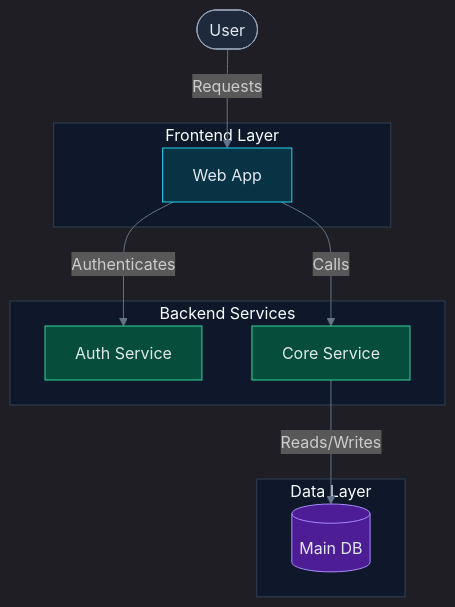
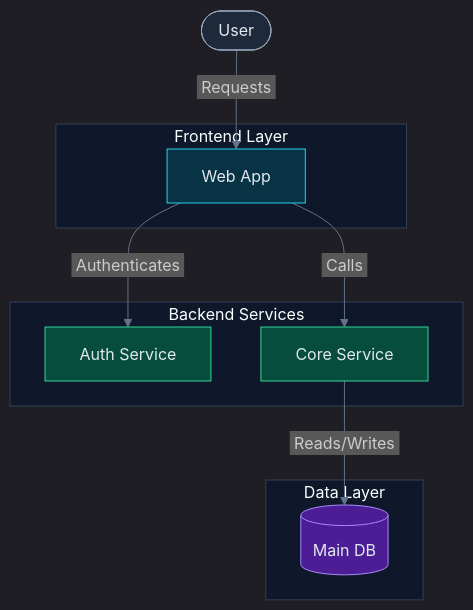
The diagram in devspec/architecture/_template/diagram.md (speclabs/devspec), drawn with Mermaid before and after one commit. The commit also changed 2 other files, not shown here.

Commit message:
Pad node and edge labels with non-breaking spaces for improved readability in Mermaid diagrams

````diff
--- a/devspec/architecture/_template/diagram.md
+++ b/devspec/architecture/_template/diagram.md
@@ -46,41 +46,41 @@
 ```mermaid
 %%{init: {'theme': 'dark', 'themeVariables': {'primaryColor': '#1e293b', 'primaryTextColor': '#f8fafc', 'lineColor': '#64748b', 'clusterBkg': '#0f172a', 'clusterBorder': '#334155'}}}%%
 flowchart TD
     %% classDef palette — include only roles present in this diagram
     classDef ui fill:#083344,stroke:#22d3ee,color:#e2e8f0
     classDef svc fill:#064e3b,stroke:#34d399,color:#e2e8f0
     classDef db fill:#4c1d95,stroke:#a78bfa,color:#e2e8f0
     classDef ext fill:#78350f,stroke:#fbbf24,color:#e2e8f0
     classDef sec fill:#881337,stroke:#fb7185,color:#e2e8f0
     classDef evt fill:#7c2d12,stroke:#fb923c,color:#e2e8f0
     classDef actor fill:#1e293b,stroke:#94a3b8,color:#e2e8f0
     classDef gen fill:#1e293b,stroke:#64748b,color:#e2e8f0
 
     %% Actors — use stadium shape
-    UserA(["User"])
+    UserA(["&nbsp;User&nbsp;"])
 
-    subgraph FE["Frontend Layer"]
-        App["Web App"]
+    subgraph FE["&nbsp;Frontend Layer&nbsp;"]
+        App["&nbsp;Web App&nbsp;"]
     end
 
-    subgraph BE["Backend Services"]
-        AuthSvc["Auth Service"]
-        CoreSvc["Core Service"]
+    subgraph BE["&nbsp;Backend Services&nbsp;"]
+        AuthSvc["&nbsp;Auth Service&nbsp;"]
+        CoreSvc["&nbsp;Core Service&nbsp;"]
     end
 
-    subgraph Data["Data Layer"]
-        MainDb[("Main DB")]
+    subgraph Data["&nbsp;Data Layer&nbsp;"]
+        MainDb[("&nbsp;Main DB&nbsp;")]
     end
 
     %% Cross-subgraph arrows drawn after all subgraph...end blocks
-    UserA -->|"Requests"| App
-    App -->|"Authenticates"| AuthSvc
-    App -->|"Calls"| CoreSvc
-    CoreSvc -->|"Reads/Writes"| MainDb
+    UserA -->|"&nbsp;Requests&nbsp;"| App
+    App -->|"&nbsp;Authenticates&nbsp;"| AuthSvc
+    App -->|"&nbsp;Calls&nbsp;"| CoreSvc
+    CoreSvc -->|"&nbsp;Reads/Writes&nbsp;"| MainDb
 
     %% classDef class assignments — batch syntax, one line per class
     class App ui
     class AuthSvc,CoreSvc svc
     class MainDb db
     class UserA actor
 ```
````
